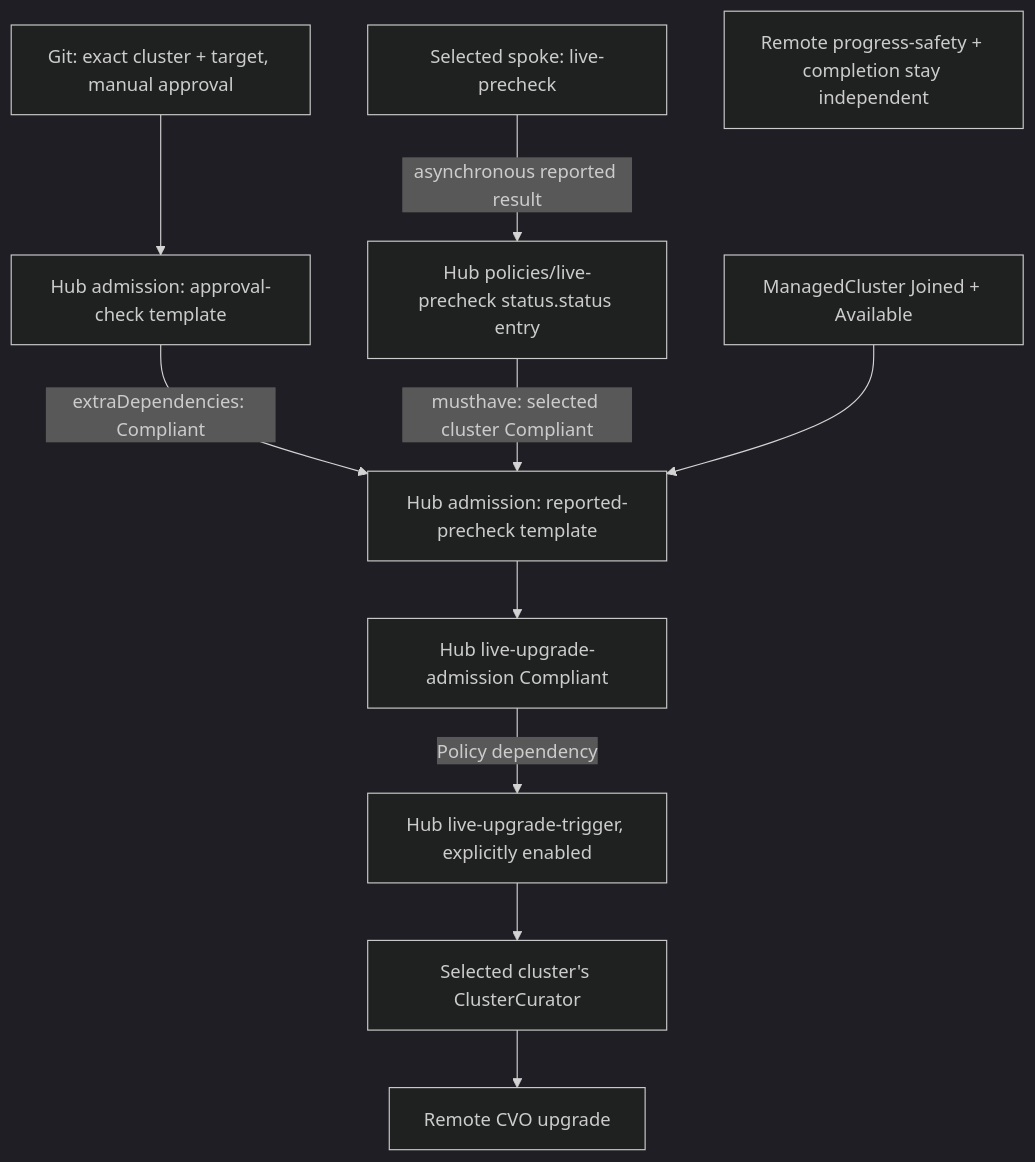
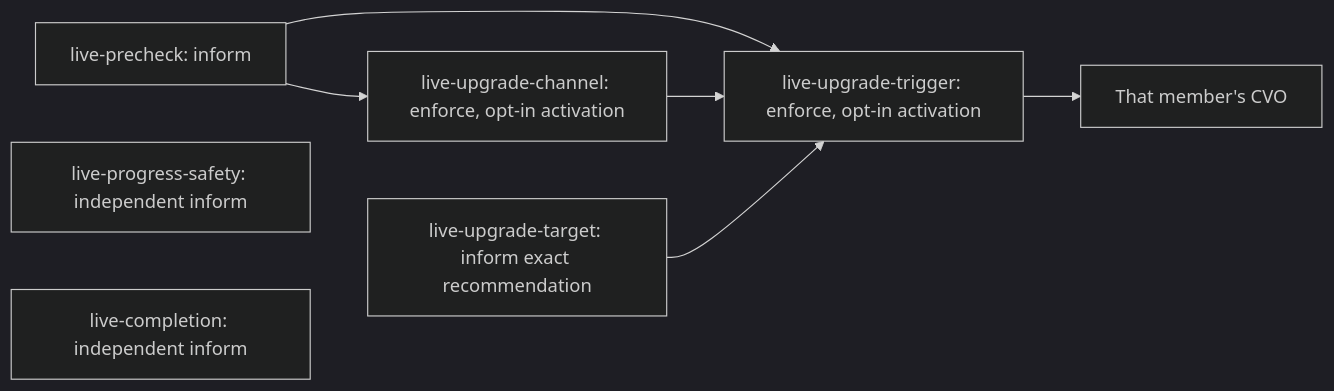
One commit to ch-stark/upgradetesting changed the diagram in docs/policy-dependencies.md. Above: the diagram before and after it, drawn with Mermaid (dark theme). The commit also changed other lines of this file and 13 other files, not shown here.

Commit message:
Select all opted-in managed clusters with shouldupgrade label and local CVO gates

````diff
--- a/docs/policy-dependencies.md
+++ b/docs/policy-dependencies.md
@@ -71,13 +25,10 @@
 ```mermaid
-flowchart TD
-  remote["Selected spoke: live-precheck"] -->|"asynchronous reported result"| root["Hub policies/live-precheck status.status entry"]
-  git["Git: exact cluster + target, manual approval"] --> approval["Hub admission: approval-check template"]
-  approval -->|"extraDependencies: Compliant"| read["Hub admission: reported-precheck template"]
-  root -->|"musthave: selected cluster Compliant"| read
-  available["ManagedCluster Joined + Available"] --> read
-  read --> admission["Hub live-upgrade-admission Compliant"]
-  admission -->|"Policy dependency"| trigger["Hub live-upgrade-trigger, explicitly enabled"]
-  trigger --> curator["Selected cluster's ClusterCurator"]
-  curator --> cvo["Remote CVO upgrade"]
-  independent["Remote progress-safety + completion stay independent"]
+flowchart LR
+  pre["live-precheck: inform"] --> channel["live-upgrade-channel: enforce, opt-in activation"]
+  pre --> request["live-upgrade-trigger: enforce, opt-in activation"]
+  channel --> request
+  target["live-upgrade-target: inform exact recommendation"] --> request
+  request --> cvo["That member's CVO"]
+  safety["live-progress-safety: independent inform"]
+  complete["live-completion: independent inform"]
 ```
````
